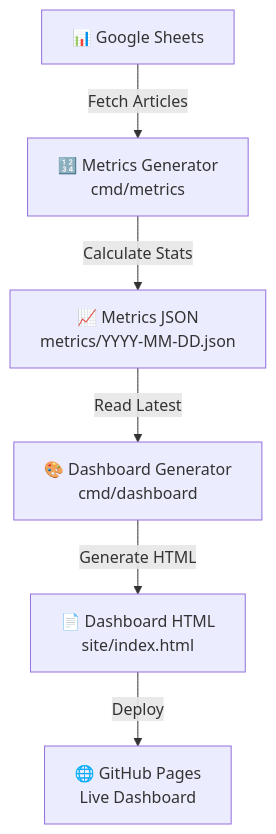
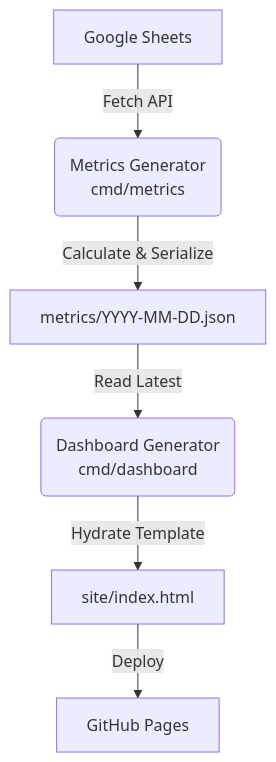
One commit to victoriacheng15/personal-reading-analytics-dashboard changed the first of 2 diagrams in docs/dashboard_architecture.md. Above: the diagram before and after it, drawn with Mermaid. The commit also changed other lines of this file and 5 other files, not shown here.

````diff
--- a/docs/dashboard_architecture.md
+++ b/docs/dashboard_architecture.md
@@ -11,8 +7,8 @@
 ```mermaid
 graph TD
-    A["📊 Google Sheets"] -->|Fetch Articles| B["🔢 Metrics Generator<br/>cmd/metrics"]
-    B -->|Calculate Stats| C["📈 Metrics JSON<br/>metrics/YYYY-MM-DD.json"]
-    C -->|Read Latest| D["🎨 Dashboard Generator<br/>cmd/dashboard"]
-    D -->|Generate HTML| E["📄 Dashboard HTML<br/>site/index.html"]
-    E -->|Deploy| F["🌐 GitHub Pages<br/>Live Dashboard"]
+    A[Google Sheets] -->|Fetch API| B(Metrics Generator<br/>cmd/metrics)
+    B -->|Calculate & Serialize| C[metrics/YYYY-MM-DD.json]
+    C -->|Read Latest| D(Dashboard Generator<br/>cmd/dashboard)
+    D -->|Hydrate Template| E[site/index.html]
+    E -->|Deploy| F[GitHub Pages]
 ```
````
